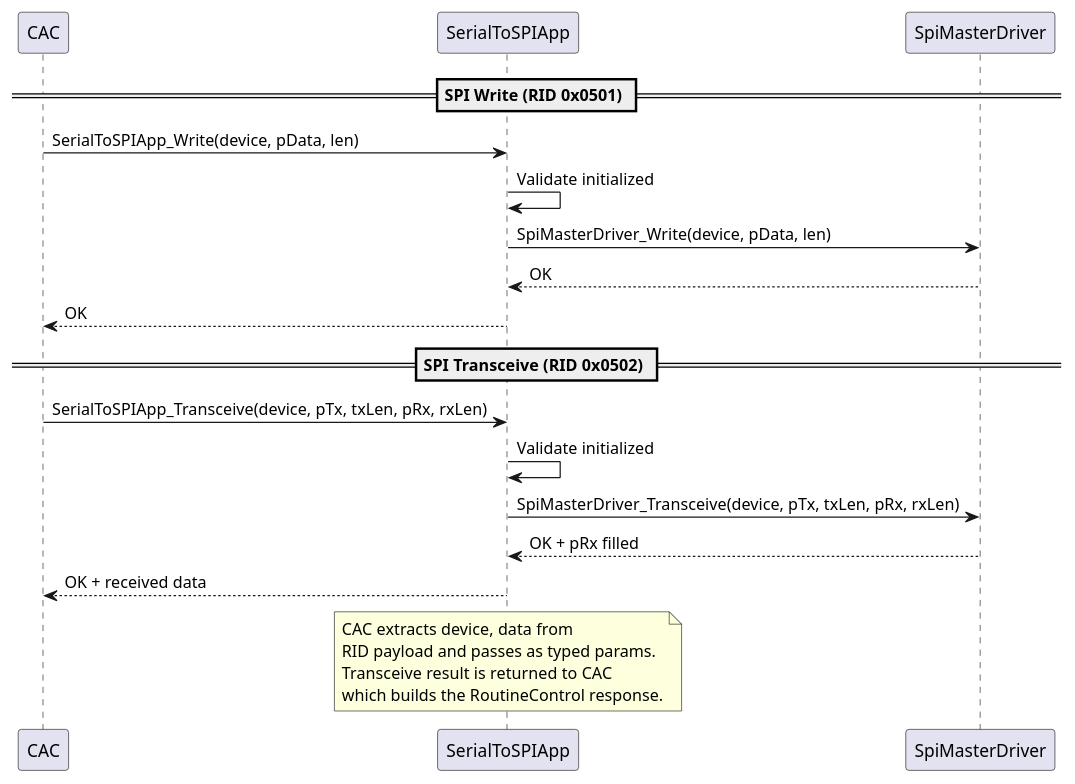
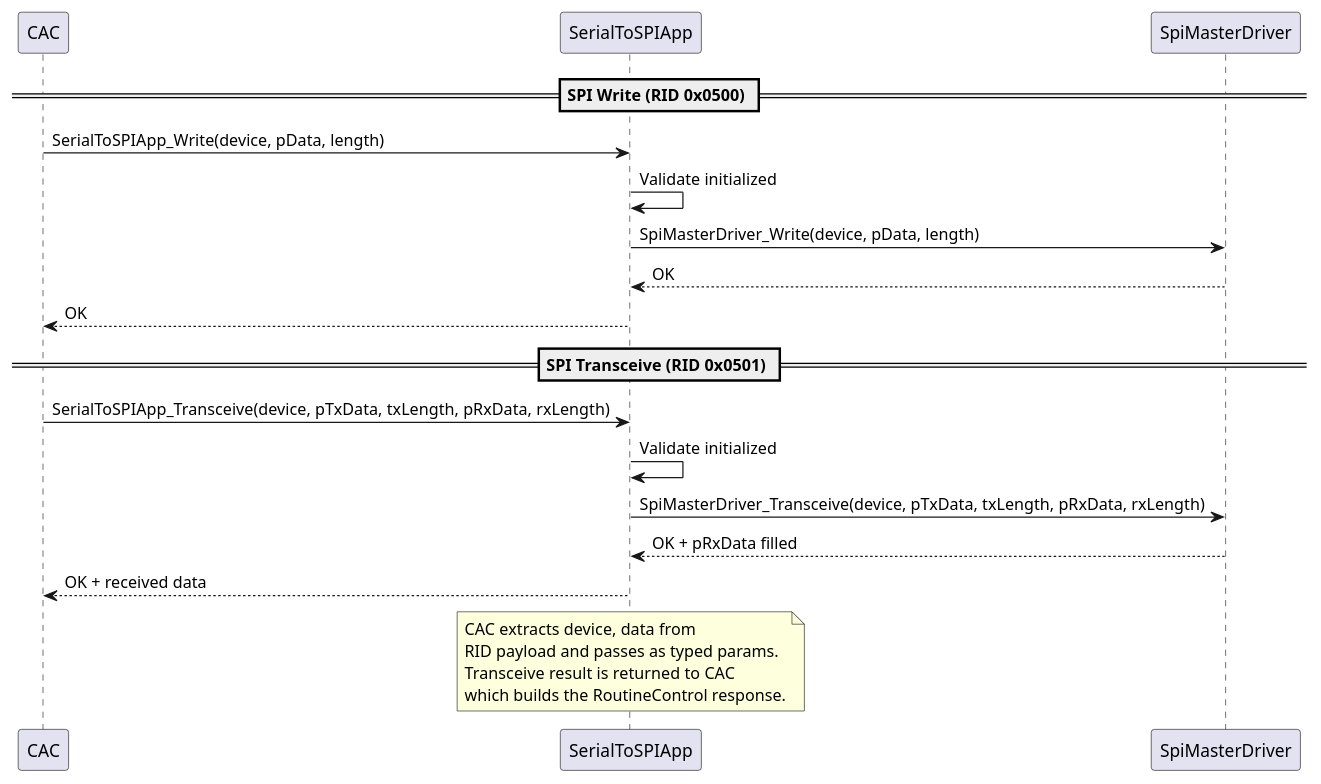
One commit to LinhTrucVo/Bico_Protocol_Bridge changed the diagram in 3_swComp/layer3Application/serialToSPIApp/2_design/serialToSPIAppSequenceDiagram.puml. Above: the diagram before and after it, drawn with PlantUML. The commit also changed 18 other files, not shown here.

```diff
--- a/3_swComp/layer3Application/serialToSPIApp/2_design/serialToSPIAppSequenceDiagram.puml
+++ b/3_swComp/layer3Application/serialToSPIApp/2_design/serialToSPIAppSequenceDiagram.puml
@@ -1,26 +1,26 @@
 @startuml serialToSPIAppSequenceDiagram
 participant "CAC" as cac
 participant "SerialToSPIApp" as app
 participant "SpiMasterDriver" as drv
 
-== SPI Write (RID 0x0501) ==
-cac -> app : SerialToSPIApp_Write(device, pData, len)
+== SPI Write (RID 0x0500) ==
+cac -> app : SerialToSPIApp_Write(device, pData, length)
 app -> app : Validate initialized
-app -> drv : SpiMasterDriver_Write(device, pData, len)
+app -> drv : SpiMasterDriver_Write(device, pData, length)
 drv --> app : OK
 app --> cac : OK
 
-== SPI Transceive (RID 0x0502) ==
-cac -> app : SerialToSPIApp_Transceive(device, pTx, txLen, pRx, rxLen)
+== SPI Transceive (RID 0x0501) ==
+cac -> app : SerialToSPIApp_Transceive(device, pTxData, txLength, pRxData, rxLength)
 app -> app : Validate initialized
-app -> drv : SpiMasterDriver_Transceive(device, pTx, txLen, pRx, rxLen)
-drv --> app : OK + pRx filled
+app -> drv : SpiMasterDriver_Transceive(device, pTxData, txLength, pRxData, rxLength)
+drv --> app : OK + pRxData filled
 app --> cac : OK + received data
 
 note over app
   CAC extracts device, data from
   RID payload and passes as typed params.
   Transceive result is returned to CAC
   which builds the RoutineControl response.
 end note
 @enduml
```
